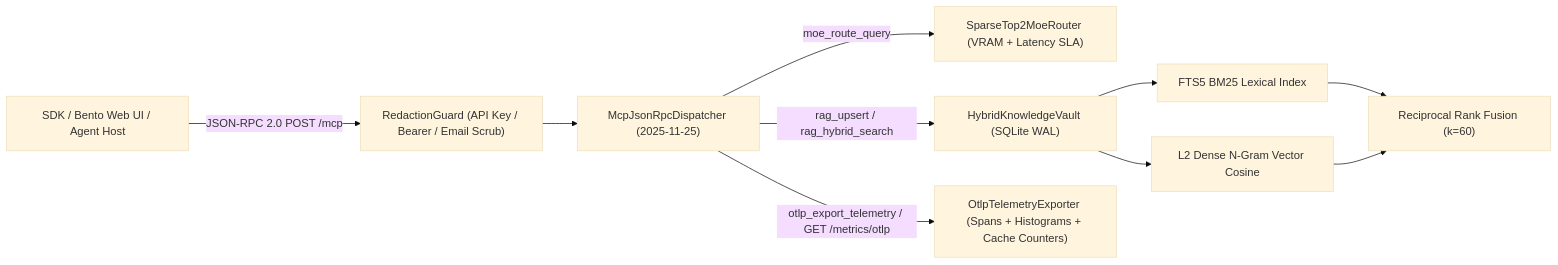
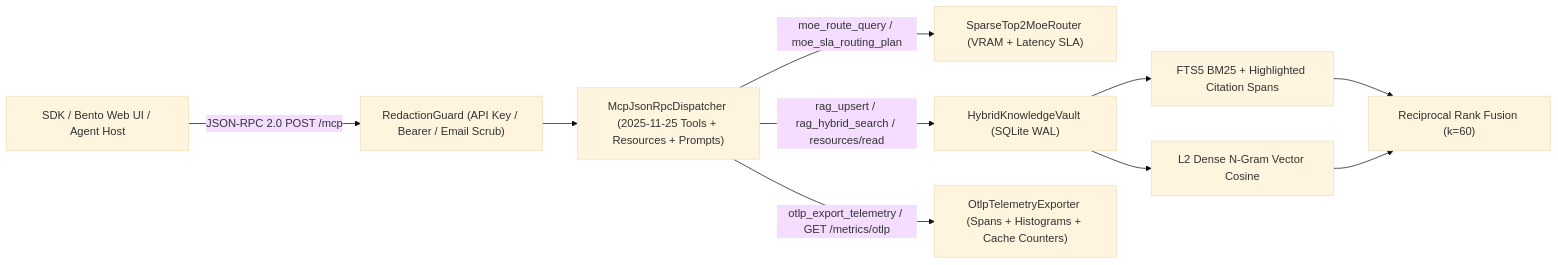
One commit to nahianakhtar/mcp-moe-hybrid-sdk changed the diagram in README.md. Above: the diagram before and after it, drawn with Mermaid (base theme). The commit also changed other lines of this file and 5 other files, not shown here.

Commit message:
feat(mcp): add resources/list, prompts/list capability negotiation & FTS5 citation spans (v1.2.0)

````diff
--- a/README.md
+++ b/README.md
@@ -13,12 +13,12 @@
 ```mermaid
 flowchart LR
     Client["SDK / Bento Web UI / Agent Host"] -->|"JSON-RPC 2.0 POST /mcp"| Guard["RedactionGuard (API Key / Bearer / Email Scrub)"]
-    Guard --> Disp["McpJsonRpcDispatcher (2025-11-25)"]
-    Disp -->|"moe_route_query"| Router["SparseTop2MoeRouter (VRAM + Latency SLA)"]
-    Disp -->|"rag_upsert / rag_hybrid_search"| Vault["HybridKnowledgeVault (SQLite WAL)"]
+    Guard --> Disp["McpJsonRpcDispatcher (2025-11-25 Tools + Resources + Prompts)"]
+    Disp -->|"moe_route_query / moe_sla_routing_plan"| Router["SparseTop2MoeRouter (VRAM + Latency SLA)"]
+    Disp -->|"rag_upsert / rag_hybrid_search / resources/read"| Vault["HybridKnowledgeVault (SQLite WAL)"]
     Disp -->|"otlp_export_telemetry / GET /metrics/otlp"| OTLP["OtlpTelemetryExporter (Spans + Histograms + Cache Counters)"]
-    Vault --> FTS["FTS5 BM25 Lexical Index"]
+    Vault --> FTS["FTS5 BM25 + Highlighted Citation Spans"]
     Vault --> Vec["L2 Dense N-Gram Vector Cosine"]
     FTS --> RRF["Reciprocal Rank Fusion (k=60)"]
     Vec --> RRF
 ```
````
